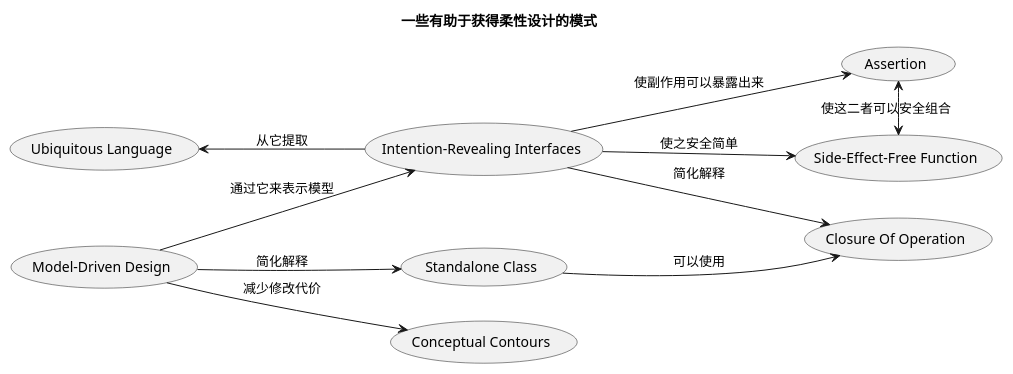
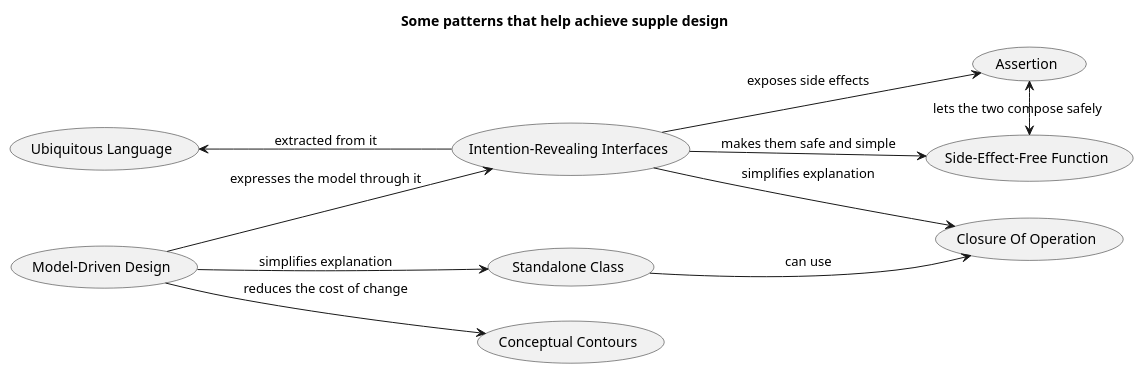
One commit to lindezhong/nvim-config changed diagram 11 of 19 in snippets/ddd.md. Above: the diagram before and after it, drawn with PlantUML. The commit also changed other lines of this file and 17 other files, not shown here.

````diff
--- a/snippets/ddd.md
+++ b/snippets/ddd.md
@@ -735,30 +952,31 @@
 ```plantuml
 @startuml
 allowmixing
 left to right direction
-title 一些有助于获得柔性设计的模式
+title Some patterns that help achieve supple design
 
 usecase "Ubiquitous Language" as ul
 usecase "Model-Driven Design" as mdd
 usecase "Intention-Revealing Interfaces" as iri
 usecase "Standalone Class" as sc
 usecase "Conceptual Contours" as cc
 usecase "Side-Effect-Free Function" as sef
 usecase Assertion
 usecase "Closure Of Operation" as coo
 
-mdd --> iri : 通过它来表示模型
-mdd --> sc : 简化解释
-mdd --> cc : 减少修改代价
-iri --> sef : 使之安全简单
-iri --> Assertion : 使副作用可以暴露出来
-iri --> coo : 简化解释
-iri -up-> ul : 从它提取
-sc --> coo : 可以使用
-sef <-left-> Assertion : 使这二者可以安全组合
+mdd --> iri : expresses the model through it
+mdd --> sc : simplifies explanation
+mdd --> cc : reduces the cost of change
+iri --> sef : makes them safe and simple
+iri --> Assertion : exposes side effects
+iri --> coo : simplifies explanation
+iri -up-> ul : extracted from it
+sc --> coo : can use
+sef <-left-> Assertion : lets the two compose safely
+
 
 
 
 
 @enduml
 ```
````
